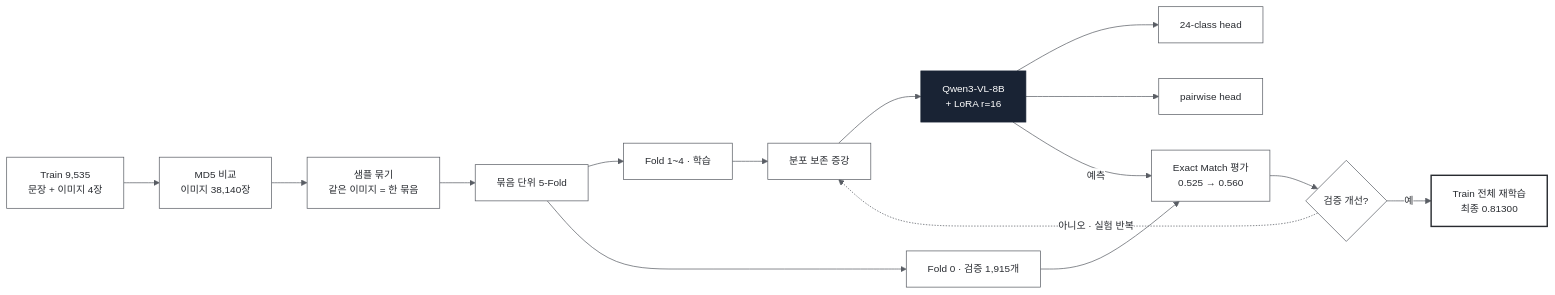
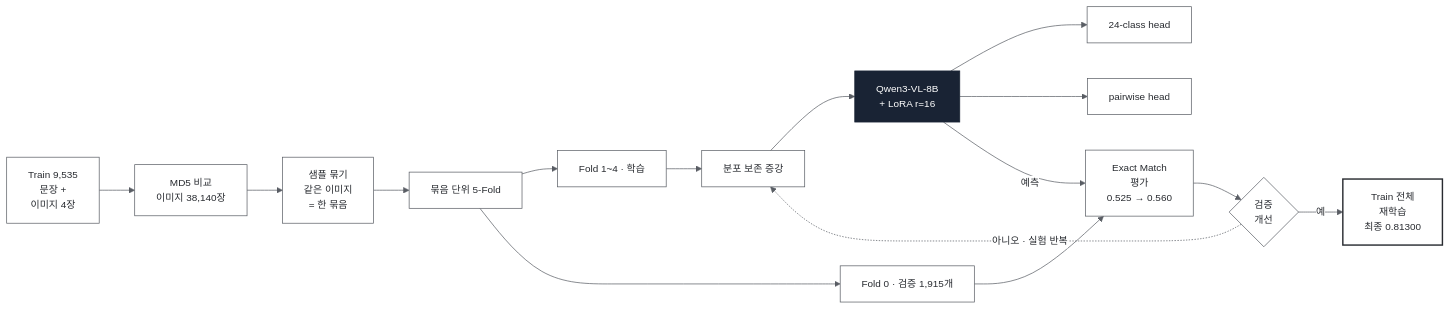
Before and after one commit to Jinx921/Portfolio: the fourth of 4 diagrams in README.md, drawn with Mermaid. The commit also changed other lines of this file and 8 other files, not shown here.

First line of the commit message:
Add HCLT 2026 paper and poster, fix clipped diagram labels

````diff
--- a/README.md
+++ b/README.md
@@ -145,16 +145,16 @@
 ```mermaid
-%%{init: {'theme':'base','themeVariables':{'fontFamily':'Pretendard, Inter, sans-serif','fontSize':'14px','primaryColor':'#FFFFFF','primaryTextColor':'#282B30','primaryBorderColor':'#595D64','lineColor':'#595D64','clusterBkg':'#F7F7F5','clusterBorder':'#D9DCE0','edgeLabelBackground':'#FFFFFF','titleColor':'#282B30'}}}%%
+%%{init: {'theme':'base','themeVariables':{'fontFamily':'-apple-system, BlinkMacSystemFont, Apple SD Gothic Neo, Malgun Gothic, sans-serif','fontSize':'14px','primaryColor':'#FFFFFF','primaryTextColor':'#282B30','primaryBorderColor':'#595D64','lineColor':'#595D64','clusterBkg':'#F7F7F5','clusterBorder':'#D9DCE0','edgeLabelBackground':'#FFFFFF','titleColor':'#282B30'}}}%%
 flowchart LR
-    D["Train 9,535<br/>문장 + 이미지 4장"] --> M["MD5 비교<br/>이미지 38,140장"] --> B["샘플 묶기<br/>같은 이미지 = 한 묶음"] --> F["묶음 단위 5-Fold"]
+    D["Train 9,535<br/>문장 +<br/>이미지 4장"] --> M["MD5 비교<br/>이미지 38,140장"] --> B["샘플 묶기<br/>같은 이미지<br/>= 한 묶음"] --> F["묶음 단위 5-Fold"]
     F --> TR["Fold 1~4 · 학습"] --> AU["분포 보존 증강"] --> Q["Qwen3-VL-8B<br/>+ LoRA r=16"]:::mine
     Q --> H1["24-class head"] & H2["pairwise head"]
-    F --> VA["Fold 0 · 검증 1,915개"] --> EM["Exact Match 평가<br/>0.525 → 0.560"]
+    F --> VA["Fold 0 · 검증 1,915개"] --> EM["Exact Match<br/>평가<br/>0.525 → 0.560"]
     Q -->|예측| EM
-    EM --> DEC{"검증 개선?"}
+    EM --> DEC{"검증<br/>개선"}
     DEC -.->|아니오 · 실험 반복| AU
-    DEC -->|예| FIN["Train 전체 재학습<br/>최종 0.81300"]:::out
+    DEC -->|예| FIN["Train 전체<br/>재학습<br/>최종 0.81300"]:::out
     classDef default fill:#FFFFFF,stroke:#595D64,color:#282B30
     classDef mine fill:#192334,stroke:#192334,color:#FFFFFF
     classDef data fill:#F7F7F5,stroke:#D9DCE0,color:#282B30
     classDef out fill:#FFFFFF,stroke:#282B30,stroke-width:2px,color:#282B30
 ```
````
